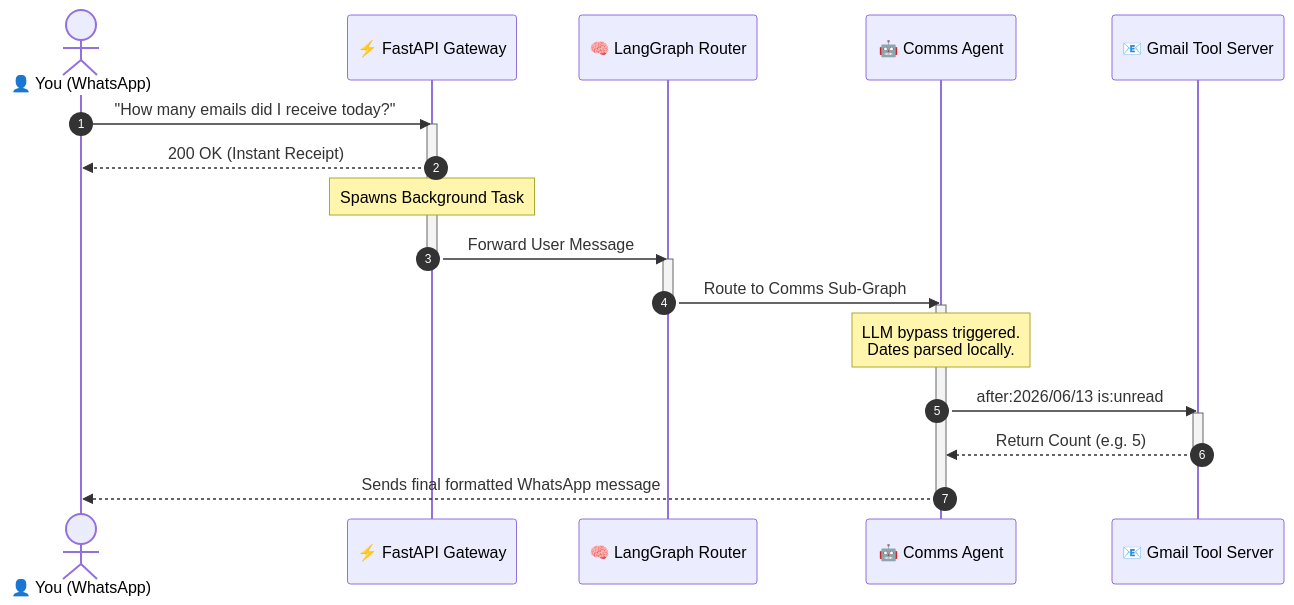
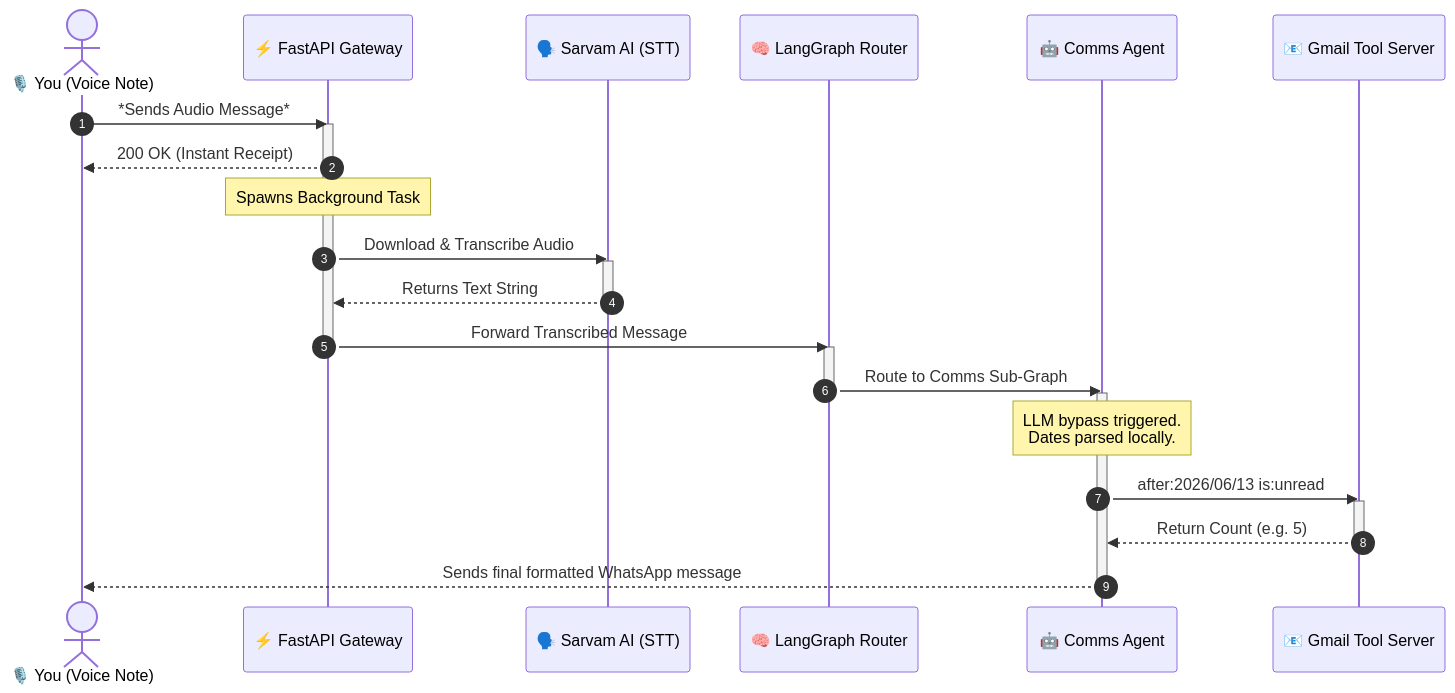
Before and after one commit to Mubashir18305/AutoOps_Ai: the diagram in README.md, drawn with Mermaid. The commit also changed other lines of this file, not shown here.

Commit message:
docs: update README with Voice Note integration features

````diff
--- a/README.md
+++ b/README.md
@@ -47,30 +48,35 @@
 ```mermaid
 sequenceDiagram
     autonumber
-    actor You as 👤 You (WhatsApp)
+    actor You as 🎙️ You (Voice Note)
     participant FastAPI as ⚡ FastAPI Gateway
+    participant Sarvam as 🗣️ Sarvam AI (STT)
     participant LangGraph as 🧠 LangGraph Router
     participant CommsAgent as 🤖 Comms Agent
     participant GmailAPI as 📧 Gmail Tool Server
 
-    You->>FastAPI: "How many emails did I receive today?"
+    You->>FastAPI: *Sends Audio Message*
     activate FastAPI
     FastAPI-->>You: 200 OK (Instant Receipt)
     Note over FastAPI: Spawns Background Task
-    FastAPI->>LangGraph: Forward User Message
+    FastAPI->>Sarvam: Download & Transcribe Audio
+    activate Sarvam
+    Sarvam-->>FastAPI: Returns Text String
+    deactivate Sarvam
+    FastAPI->>LangGraph: Forward Transcribed Message
     deactivate FastAPI
     
     activate LangGraph
     LangGraph->>CommsAgent: Route to Comms Sub-Graph
     deactivate LangGraph
     
     activate CommsAgent
     Note over CommsAgent: LLM bypass triggered.<br/>Dates parsed locally.
     CommsAgent->>GmailAPI: after:2026/06/13 is:unread
     activate GmailAPI
     GmailAPI-->>CommsAgent: Return Count (e.g. 5)
     deactivate GmailAPI
     
     CommsAgent-->>You: Sends final formatted WhatsApp message
     deactivate CommsAgent
 ```
````
